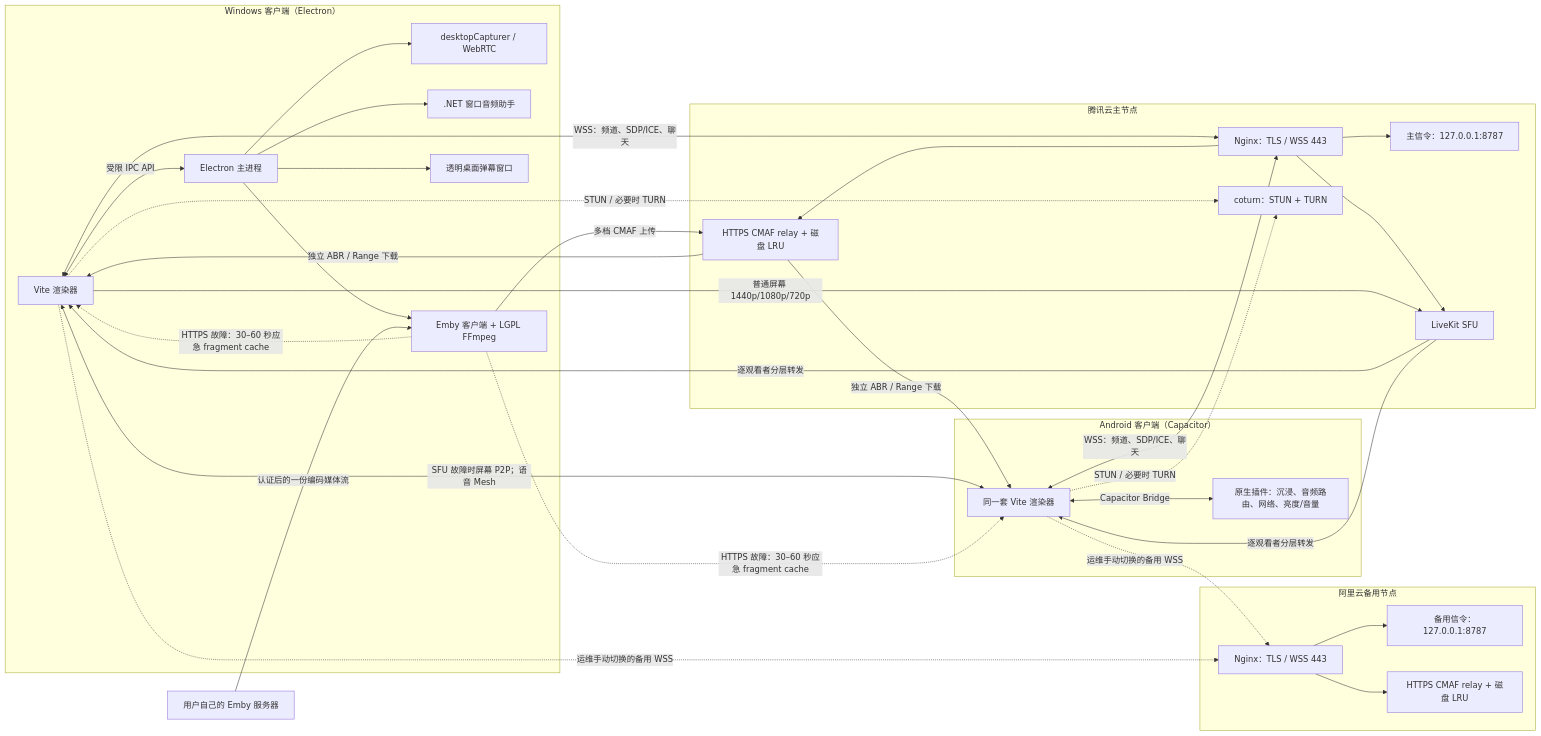
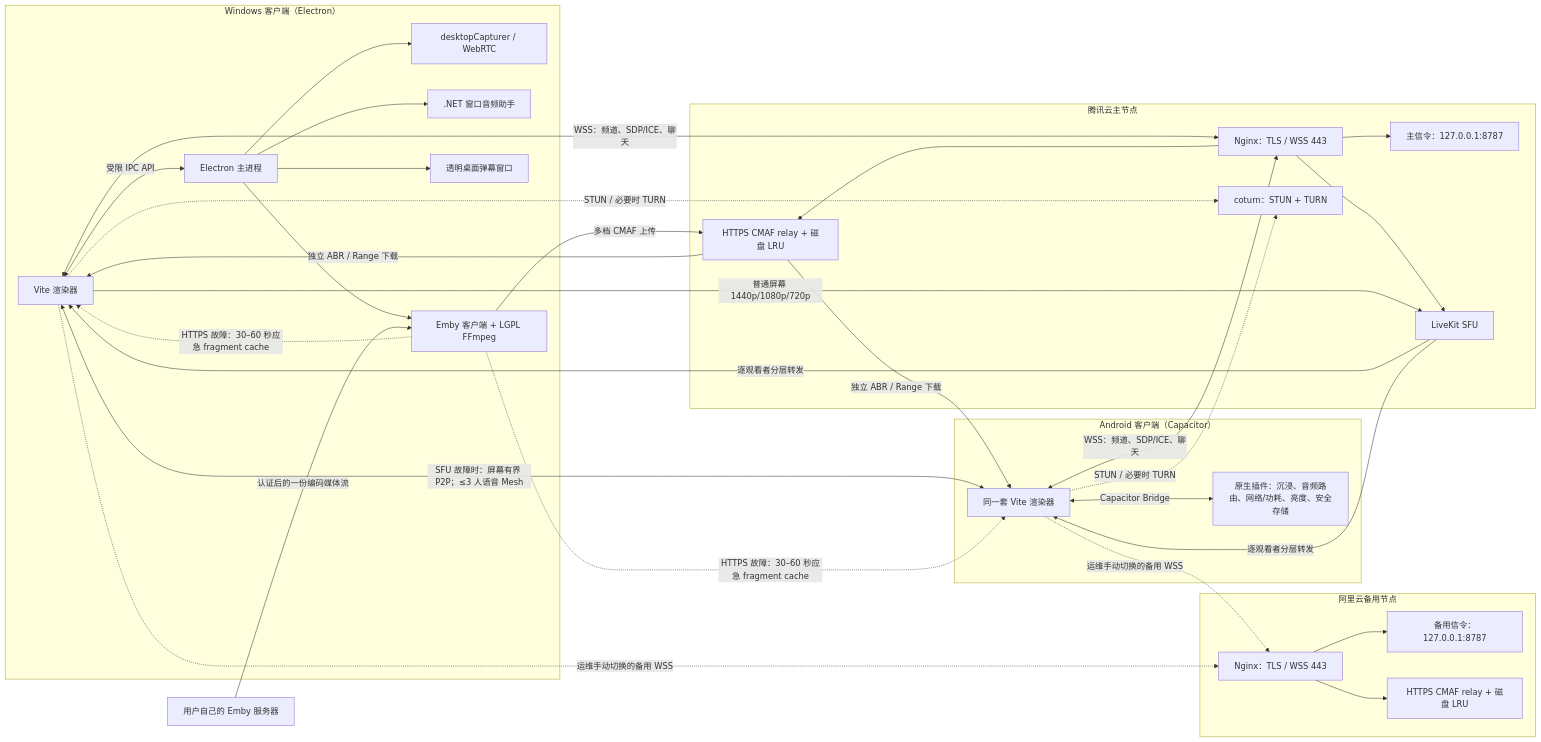
Before and after one commit to Foxgh127/Synced: the diagram in PROJECT_GUIDE.md, drawn with Mermaid. The commit also changed other lines of this file and 43 other files, not shown here.

````diff
--- a/PROJECT_GUIDE.md
+++ b/PROJECT_GUIDE.md
@@ -51,60 +56,60 @@
 ```mermaid
 flowchart LR
     subgraph Windows["Windows 客户端（Electron）"]
         WR["Vite 渲染器"]
         EP["Electron 主进程"]
         DC["desktopCapturer / WebRTC"]
         AH[".NET 窗口音频助手"]
         EF["Emby 客户端 + LGPL FFmpeg"]
         DO["透明桌面弹幕窗口"]
         WR <-->|"受限 IPC API"| EP
         EP --> DC
         EP --> AH
         EP --> EF
         EP --> DO
     end
 
     ES["用户自己的 Emby 服务器"]
     ES -->|"认证后的一份编码媒体流"| EF
 
     subgraph Android["Android 客户端（Capacitor）"]
         AR["同一套 Vite 渲染器"]
-        AP["原生插件：沉浸、音频路由、网络、亮度/音量"]
+        AP["原生插件：沉浸、音频路由、网络/功耗、亮度、安全存储"]
         AR <-->|"Capacitor Bridge"| AP
     end
 
     subgraph Tencent["腾讯云主节点"]
         NG["Nginx：TLS / WSS 443"]
         SS["主信令：127.0.0.1:8787"]
         LK["LiveKit SFU"]
         SR["HTTPS CMAF relay + 磁盘 LRU"]
         ST["coturn：STUN + TURN"]
         NG --> SS
         NG --> LK
         NG --> SR
     end
 
     subgraph Aliyun["阿里云备用节点"]
         ANG["Nginx：TLS / WSS 443"]
         ASS["备用信令：127.0.0.1:8787"]
         ASR["HTTPS CMAF relay + 磁盘 LRU"]
         ANG --> ASS
         ANG --> ASR
     end
 
     WR <-->|"WSS：频道、SDP/ICE、聊天"| NG
     AR <-->|"WSS：频道、SDP/ICE、聊天"| NG
     WR -.->|"运维手动切换的备用 WSS"| ANG
     AR -.->|"运维手动切换的备用 WSS"| ANG
     WR -->|"普通屏幕 1440p/1080p/720p"| LK
     LK -->|"逐观看者分层转发"| WR
     LK -->|"逐观看者分层转发"| AR
     WR -.->|"STUN / 必要时 TURN"| ST
     AR -.->|"STUN / 必要时 TURN"| ST
-    WR <-->|"SFU 故障时屏幕 P2P；语音 Mesh"| AR
+    WR <-->|"SFU 故障时：屏幕有界 P2P；≤3 人语音 Mesh"| AR
     EF -->|"多档 CMAF 上传"| SR
     SR -->|"独立 ABR / Range 下载"| WR
     SR -->|"独立 ABR / Range 下载"| AR
     EF -.->|"HTTPS 故障：30–60 秒应急 fragment cache"| WR
     EF -.->|"HTTPS 故障：30–60 秒应急 fragment cache"| AR
 ```
````
